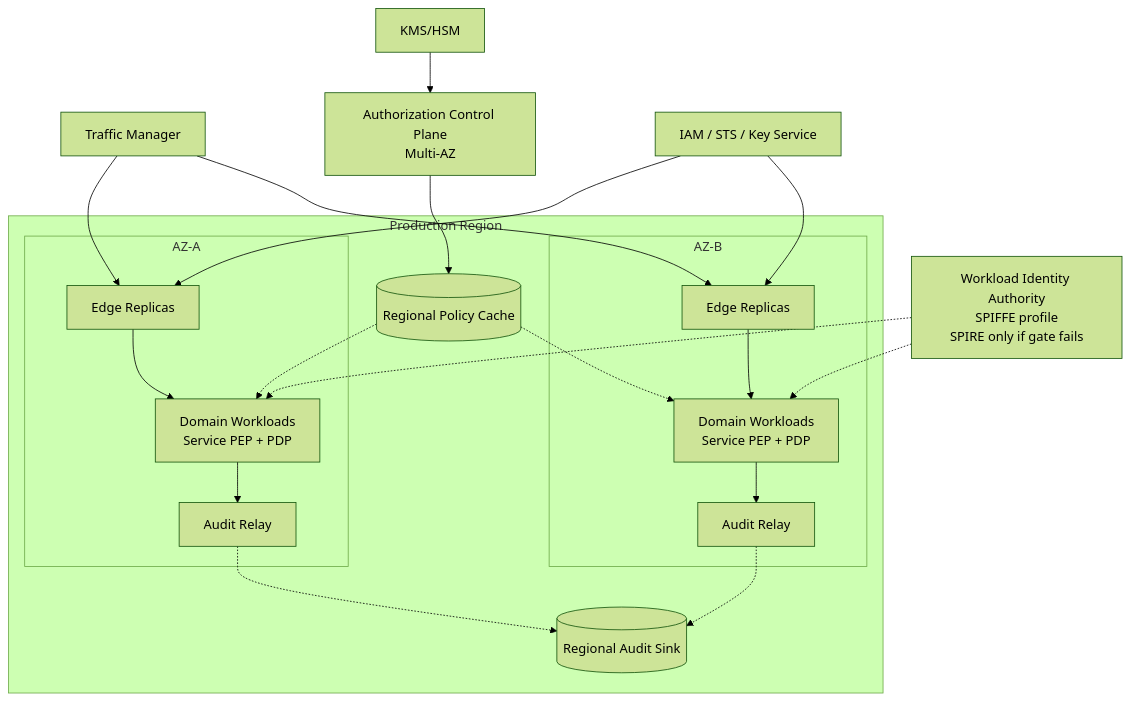
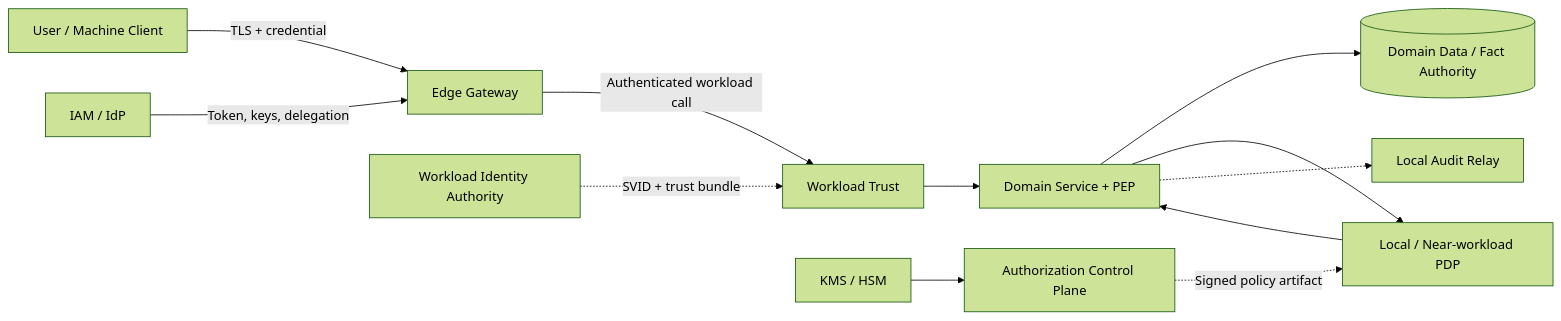
Before and after one commit to huynv-xyz/vhm: the second of 2 diagrams in zero-trust.md, drawn with Mermaid (forest theme). The commit also changed other lines of this file, not shown here.

Commit message:
docs: refactor authorization TDD for developers

````diff
--- a/zero-trust.md
+++ b/zero-trust.md
@@ -942,33 +192,14 @@
 ```mermaid
-flowchart TB
-    T[Traffic Manager] --> E1
-    T --> E2
-
-    subgraph R[Production Region]
-      subgraph A[AZ-A]
-        E1[Edge Replicas]
-        W1[Domain Workloads<br/>Service PEP + PDP]
-        C1[Audit Relay]
-        E1 --> W1 --> C1
-      end
-      subgraph B[AZ-B]
-        E2[Edge Replicas]
-        W2[Domain Workloads<br/>Service PEP + PDP]
-        C2[Audit Relay]
-        E2 --> W2 --> C2
-      end
-      PR[(Regional Policy Cache)]
-      AS[(Regional Audit Sink)]
-      PR -.-> W1
-      PR -.-> W2
-      C1 -.-> AS
-      C2 -.-> AS
-    end
-
-    CP[Authorization Control Plane<br/>Multi-AZ] --> PR
-    WI[Workload Identity Authority<br/>SPIFFE profile<br/>SPIRE only if gate fails] -.-> W1
-    WI -.-> W2
-    K[KMS/HSM] --> CP
-    I[IAM / STS / Key Service] --> E1
-    I --> E2
+flowchart LR
+    U[User / Machine Client] -->|TLS + credential| E[Edge Gateway]
+    I[IAM / IdP] -->|Token, keys, delegation| E
+    E -->|Authenticated workload call| W[Workload Trust]
+    WI[Workload Identity Authority] -.->|SVID + trust bundle| W
+    W --> S[Domain Service + PEP]
+    S --> D[(Domain Data / Fact Authority)]
+    S --> P[Local / Near-workload PDP]
+    P --> S
+    S -.-> A[Local Audit Relay]
+    C[Authorization Control Plane] -.->|Signed policy artifact| P
+    K[KMS / HSM] --> C
 ```
````
